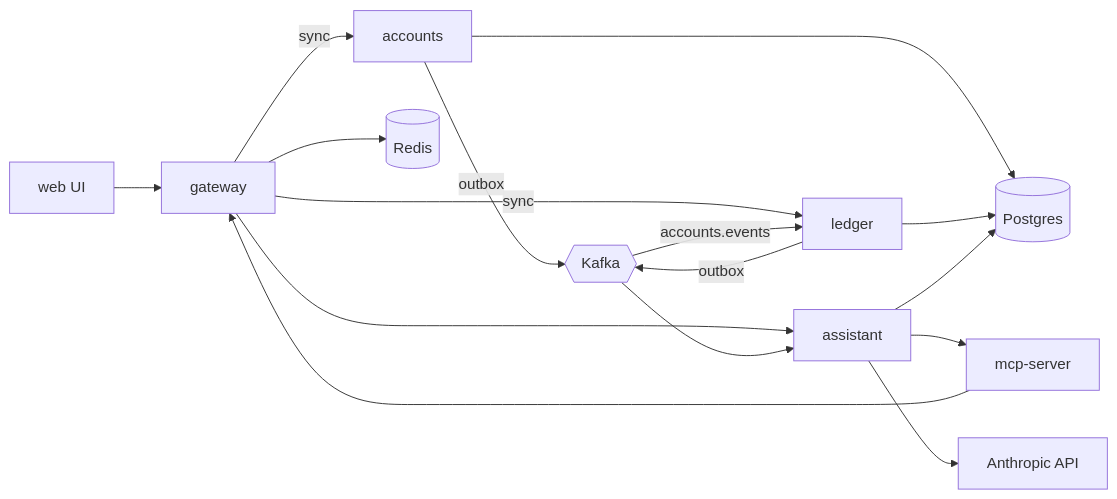
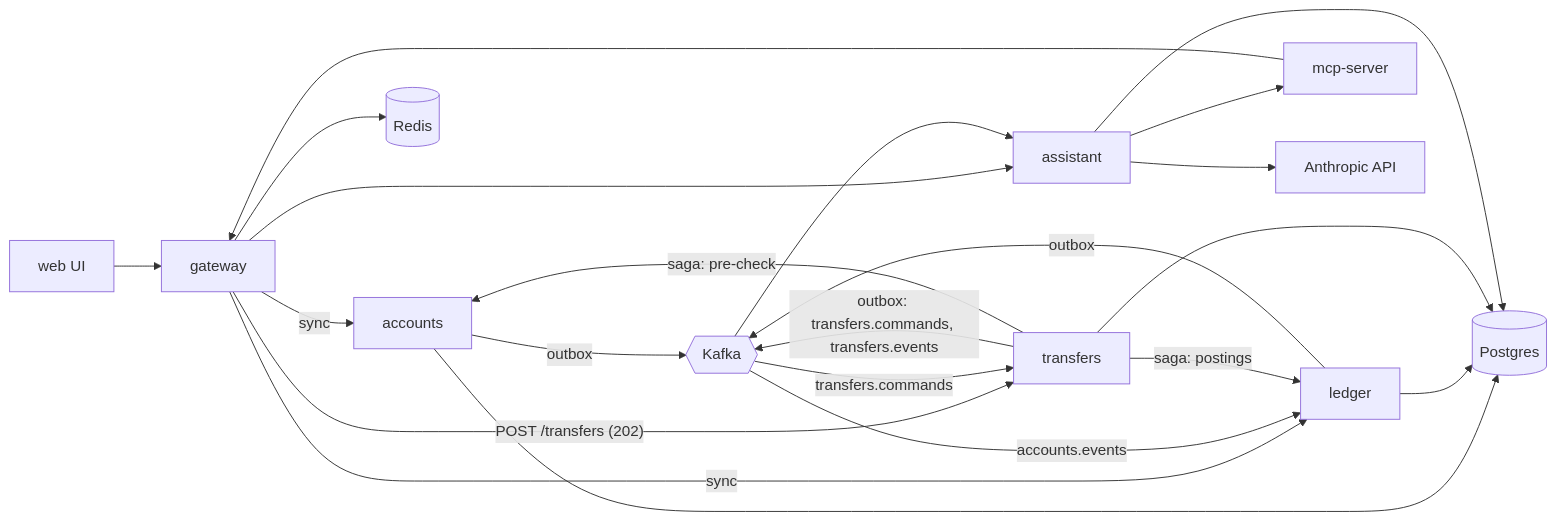
Before and after one commit to GodwinJacobR/mock-bank: the diagram in specs/000-architecture.md, drawn with Mermaid. The commit also changed other lines of this file and 19 other files, not shown here.

Commit message:
Add transfers service spec; ledger becomes postings-only; update docs

````diff
--- a/specs/000-architecture.md
+++ b/specs/000-architecture.md
@@ -19,18 +19,24 @@
 ```mermaid
 flowchart LR
   UI[web UI] --> GW[gateway]
   GW -- sync --> ACC[accounts]
   GW -- sync --> LED[ledger]
+  GW -- "POST /transfers (202)" --> TRF[transfers]
   GW --> AST[assistant]
   AST --> MCP[mcp-server]
   MCP --> GW
   ACC --> PG[(Postgres)]
   LED --> PG
+  TRF --> PG
   AST --> PG
   LED -- outbox --> K{{Kafka}}
   ACC -- outbox --> K
+  TRF -- "outbox: transfers.commands, transfers.events" --> K
   K -- accounts.events --> LED
+  K -- transfers.commands --> TRF
+  TRF -- "saga: pre-check" --> ACC
+  TRF -- "saga: postings" --> LED
   K --> AST
   GW --> R[(Redis)]
   AST --> LLM[Anthropic API]
 ```
````
